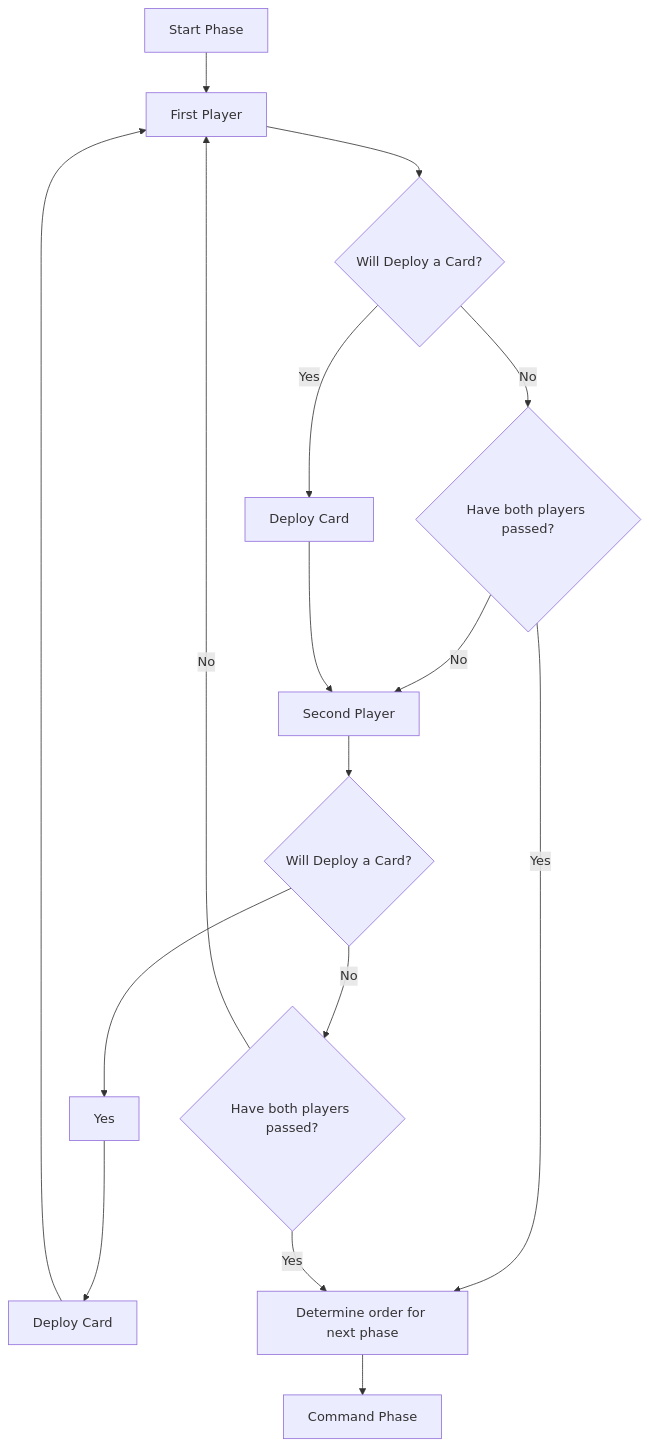
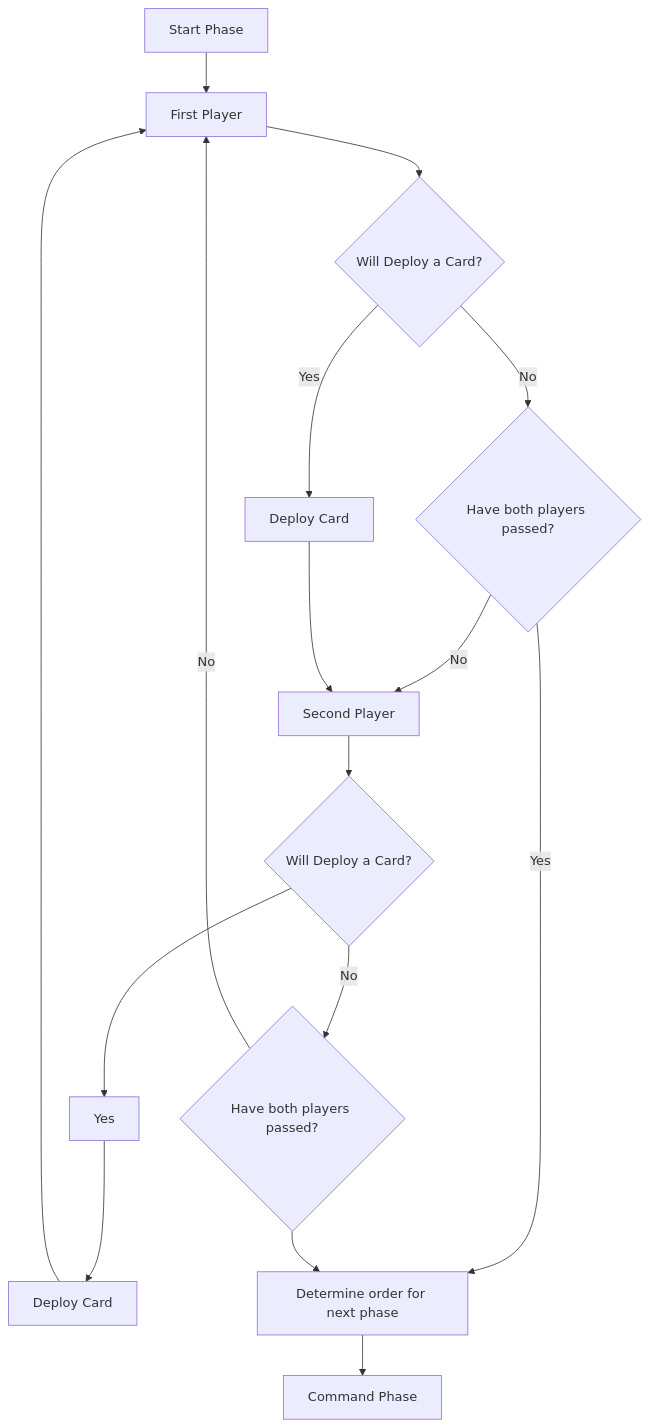
Before and after one commit to Billaferd/QuantumNexus: the first of 2 diagrams in Rules.md, drawn with Mermaid. The commit also changed other lines of this file, not shown here.

Commit message:
Added battle phase flowchart.

````diff
--- a/Rules.md
+++ b/Rules.md
@@ -259,17 +227,17 @@
 ```mermaid
 graph TD;
   Start[Start Phase] --> FirstPlayer[First Player];
   FirstPlayer --> WillDeploy1{Will Deploy a Card?};
   WillDeploy1 -- Yes --> DeployCard1[Deploy Card];
   WillDeploy1 -- No --> BothPass1{Have both players passed?};
   BothPass1 -- No --> SecondPlayer[Second Player];
   DeployCard1 --> SecondPlayer;
   SecondPlayer --> WillDeploy2{Will Deploy a Card?};
   WillDeploy2 --> Yes --> DeployCard2[Deploy Card];
   WillDeploy2 -- No --> BothPass2{Have both players passed?};
   DeployCard2 --> FirstPlayer;
   BothPass2 -- No --> FirstPlayer;
   BothPass1 -- Yes --> DetermineOrder[Determine order for next phase];
-  BothPass2 -- Yes --> DetermineOrder
+  BothPass2 --> DetermineOrder
   DetermineOrder --> CommandPhase[Command Phase];
 ```
````
